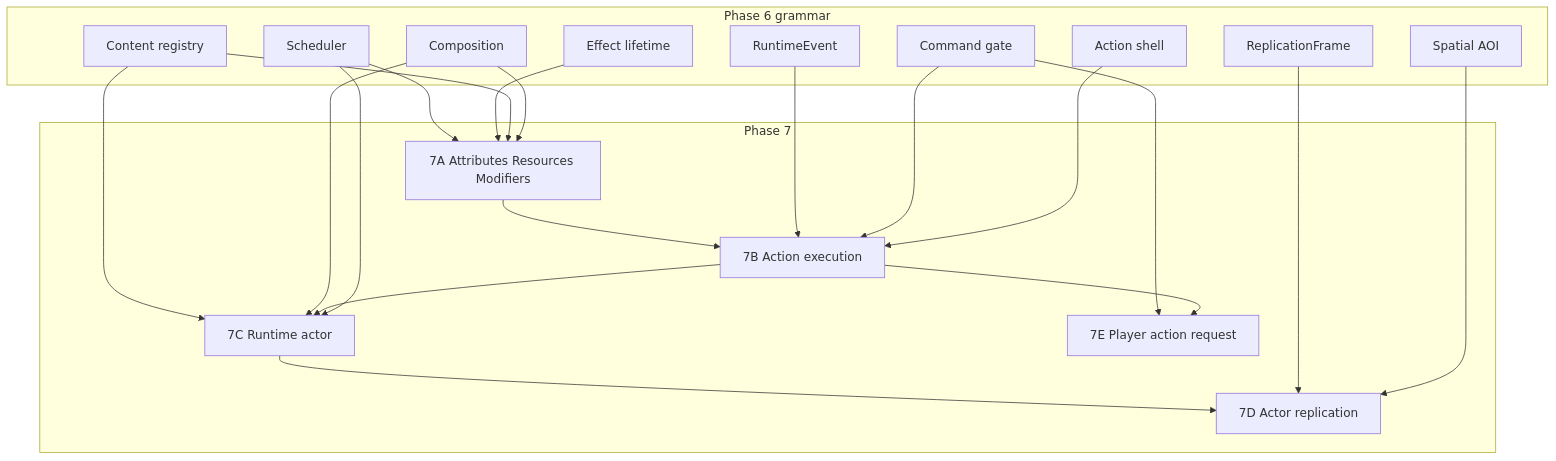
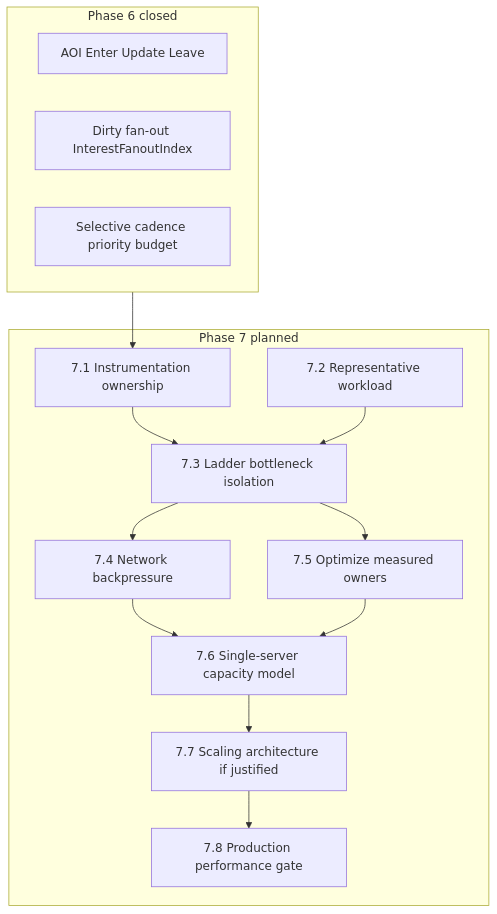
The diagram in docs/PHASE_7_PLAN.md (Arieltetenboim/Purgatory), drawn with Mermaid before and after one commit. The commit also changed other lines of this file and 309 other files, not shown here.

````diff
--- a/docs/PHASE_7_PLAN.md
+++ b/docs/PHASE_7_PLAN.md
@@ -68,38 +114,27 @@
 ```mermaid
 flowchart TB
-  subgraph p6 [Phase 6 grammar]
-    Comp[Composition]
-    Sched[Scheduler]
-    ActShell[Action shell]
-    Evt[RuntimeEvent]
-    FxLife[Effect lifetime]
-    Spat[Spatial AOI]
-    Rep[ReplicationFrame]
-    Gate[Command gate]
-    Content[Content registry]
+  subgraph p6 [Phase 6 closed]
+    AOI[AOI Enter Update Leave]
+    Fanout[Dirty fan-out InterestFanoutIndex]
+    Policy[Selective cadence priority budget]
   end
-  subgraph p7 [Phase 7]
-    A7[7A Attributes Resources Modifiers]
-    B7[7B Action execution]
-    C7[7C Runtime actor]
-    D7[7D Actor replication]
-    E7[7E Player action request]
+  subgraph p7 [Phase 7 planned]
+    S71[7.1 Instrumentation ownership]
+    S72[7.2 Representative workload]
+    S73[7.3 Ladder bottleneck isolation]
+    S74[7.4 Network backpressure]
+    S75[7.5 Optimize measured owners]
+    S76[7.6 Single-server capacity model]
+    S77[7.7 Scaling architecture if justified]
+    S78[7.8 Production performance gate]
   end
-  Comp --> A7
-  Content --> A7
-  FxLife --> A7
-  Sched --> A7
-  ActShell --> B7
-  Gate --> B7
-  Evt --> B7
-  A7 --> B7
-  Sched --> C7
-  B7 --> C7
-  Comp --> C7
-  Content --> C7
-  Spat --> D7
-  Rep --> D7
-  C7 --> D7
-  B7 --> E7
-  Gate --> E7
+  p6 --> S71
+  S71 --> S73
+  S72 --> S73
+  S73 --> S74
+  S73 --> S75
+  S74 --> S76
+  S75 --> S76
+  S76 --> S77
+  S77 --> S78
 ```
````
